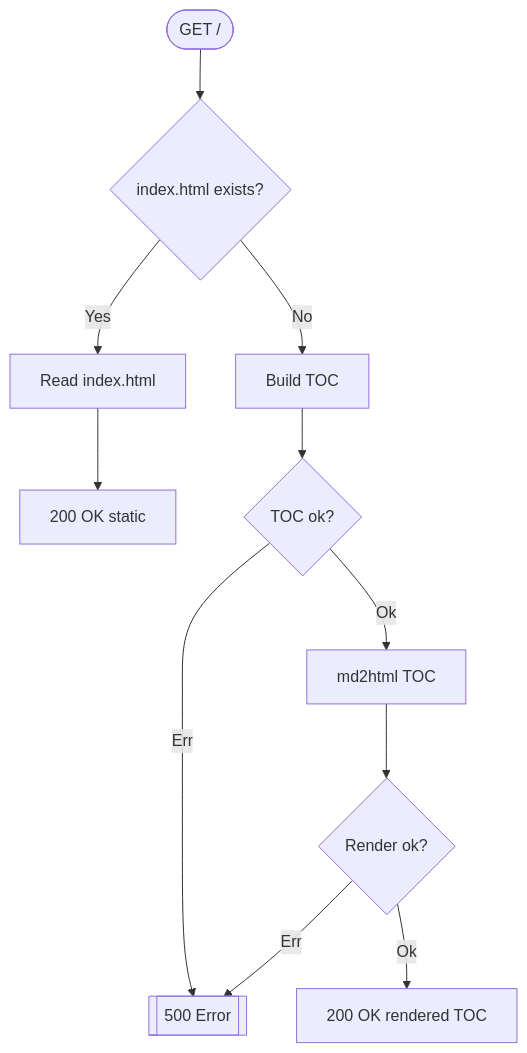
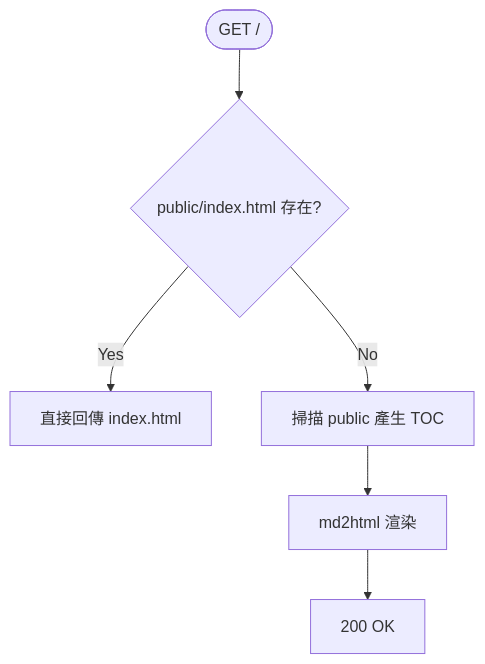
The second of 2 diagrams in README.md (Paul-16098/my-http-server), drawn with Mermaid before and after one commit. The commit also changed other lines of this file and 1 other file, not shown here.

````diff
--- a/README.md
+++ b/README.md
@@ -45,10 +39,6 @@
 ```mermaid
 flowchart TB
-  A([GET /]) --> B{index.html exists?}
-  B -->|Yes| C[Read index.html] --> D[200 OK static]
-  B -->|No| E[Build TOC] --> F{TOC ok?}
-  F -->|Err| G[[500 Error]]
-  F -->|Ok| H[md2html TOC] --> I{Render ok?}
-  I -->|Err| G
-  I -->|Ok| J[200 OK rendered TOC]
+  A([GET /]) --> B{public/index.html 存在?}
+  B -->|Yes| C[直接回傳 index.html]
+  B -->|No| D[掃描 public 產生 TOC] --> E[md2html 渲染] --> F[200 OK]
 ```
````
